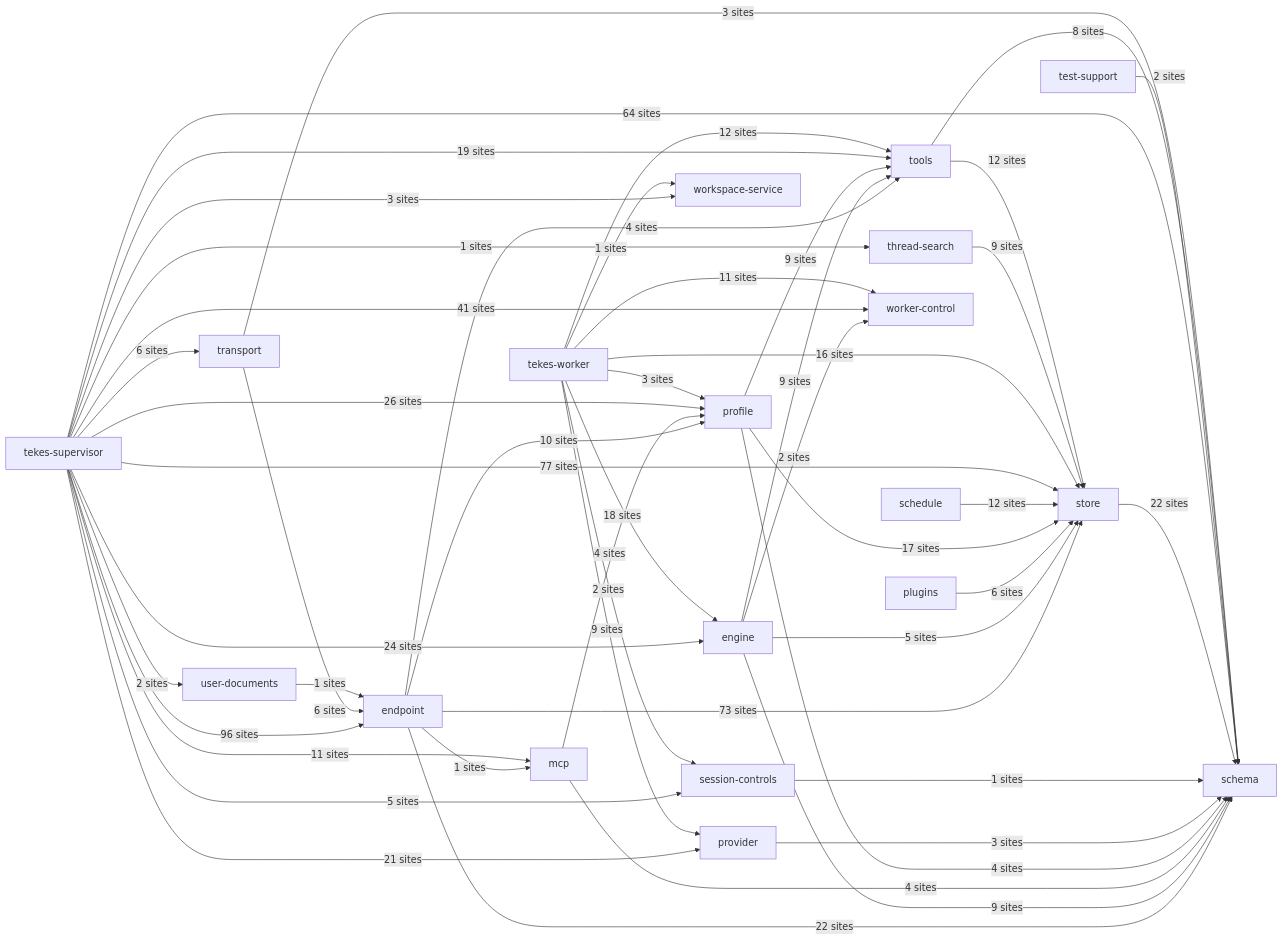
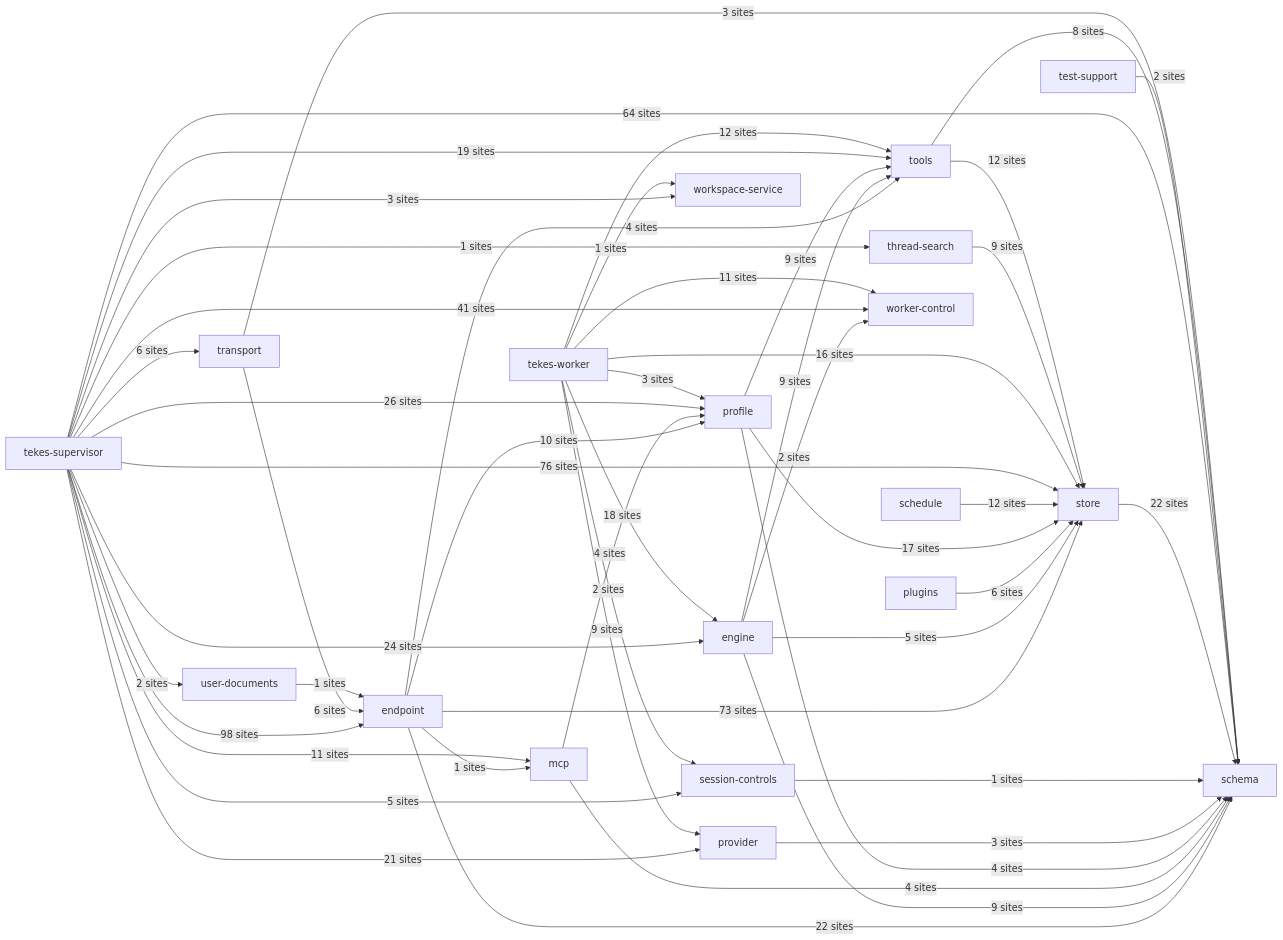
The second of 2 diagrams in docs/architecture/generated/index.md (TekesApps/TekesKernel), drawn with Mermaid before and after one commit. The commit also changed other lines of this file and 31 other files, not shown here.

````diff
--- a/docs/architecture/generated/index.md
+++ b/docs/architecture/generated/index.md
@@ -149,70 +149,70 @@
 ```mermaid
 flowchart LR
   p1["endpoint"]
   p2["engine"]
   p4["mcp"]
   p5["plugins"]
   p6["profile"]
   p7["provider"]
   p8["schedule"]
   p9["schema"]
   p10["session-controls"]
   p11["store"]
   p12["tekes-supervisor"]
   p13["tekes-worker"]
   p14["test-support"]
   p15["thread-search"]
   p16["tools"]
   p17["transport"]
   p18["user-documents"]
   p19["worker-control"]
   p20["workspace-service"]
   p1 -->|"1 sites"| p4
   p1 -->|"10 sites"| p6
   p1 -->|"22 sites"| p9
   p1 -->|"73 sites"| p11
   p1 -->|"4 sites"| p16
   p2 -->|"9 sites"| p9
   p2 -->|"5 sites"| p11
   p2 -->|"9 sites"| p16
   p2 -->|"2 sites"| p19
   p4 -->|"4 sites"| p6
   p4 -->|"4 sites"| p9
   p5 -->|"6 sites"| p11
   p6 -->|"4 sites"| p9
   p6 -->|"17 sites"| p11
   p6 -->|"9 sites"| p16
   p7 -->|"3 sites"| p9
   p8 -->|"12 sites"| p11
   p10 -->|"1 sites"| p9
   p11 -->|"22 sites"| p9
-  p12 -->|"96 sites"| p1
+  p12 -->|"98 sites"| p1
   p12 -->|"24 sites"| p2
   p12 -->|"11 sites"| p4
   p12 -->|"26 sites"| p6
   p12 -->|"21 sites"| p7
   p12 -->|"64 sites"| p9
   p12 -->|"5 sites"| p10
-  p12 -->|"77 sites"| p11
+  p12 -->|"76 sites"| p11
   p12 -->|"1 sites"| p15
   p12 -->|"19 sites"| p16
   p12 -->|"6 sites"| p17
   p12 -->|"2 sites"| p18
   p12 -->|"41 sites"| p19
   p12 -->|"3 sites"| p20
   p13 -->|"18 sites"| p2
   p13 -->|"3 sites"| p6
   p13 -->|"9 sites"| p7
   p13 -->|"2 sites"| p10
   p13 -->|"16 sites"| p11
   p13 -->|"12 sites"| p16
   p13 -->|"11 sites"| p19
   p13 -->|"1 sites"| p20
   p14 -->|"2 sites"| p9
   p15 -->|"9 sites"| p11
   p16 -->|"8 sites"| p9
   p16 -->|"12 sites"| p11
   p17 -->|"6 sites"| p1
   p17 -->|"3 sites"| p9
   p18 -->|"1 sites"| p1
 ```
````
